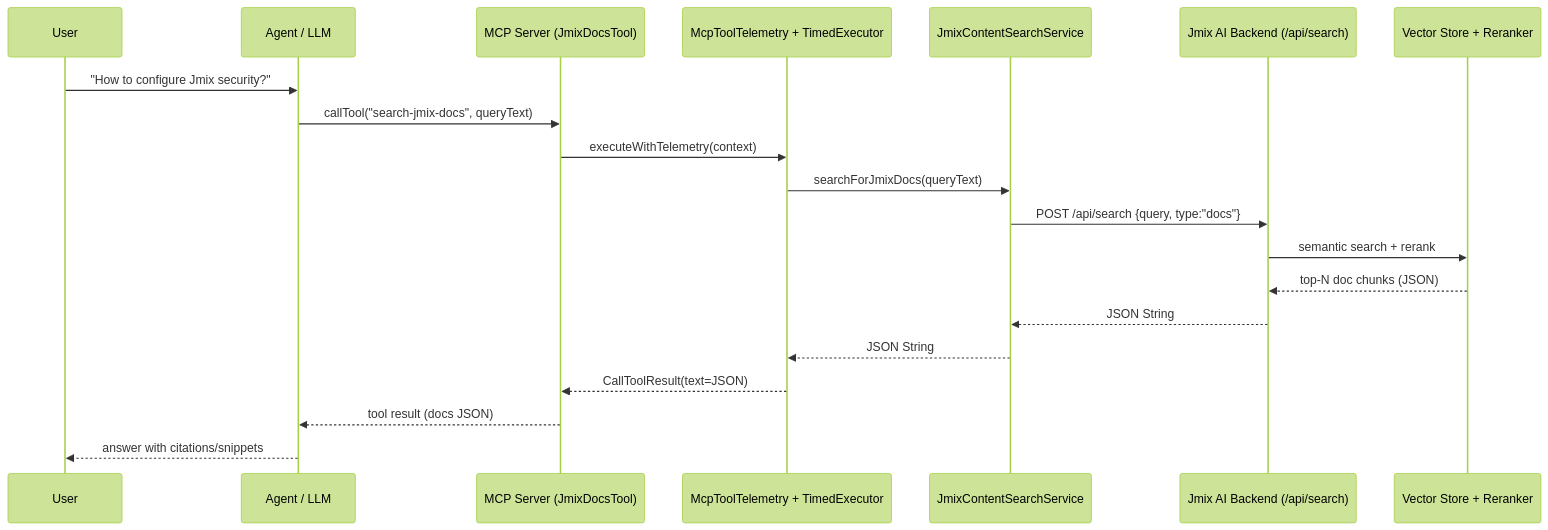
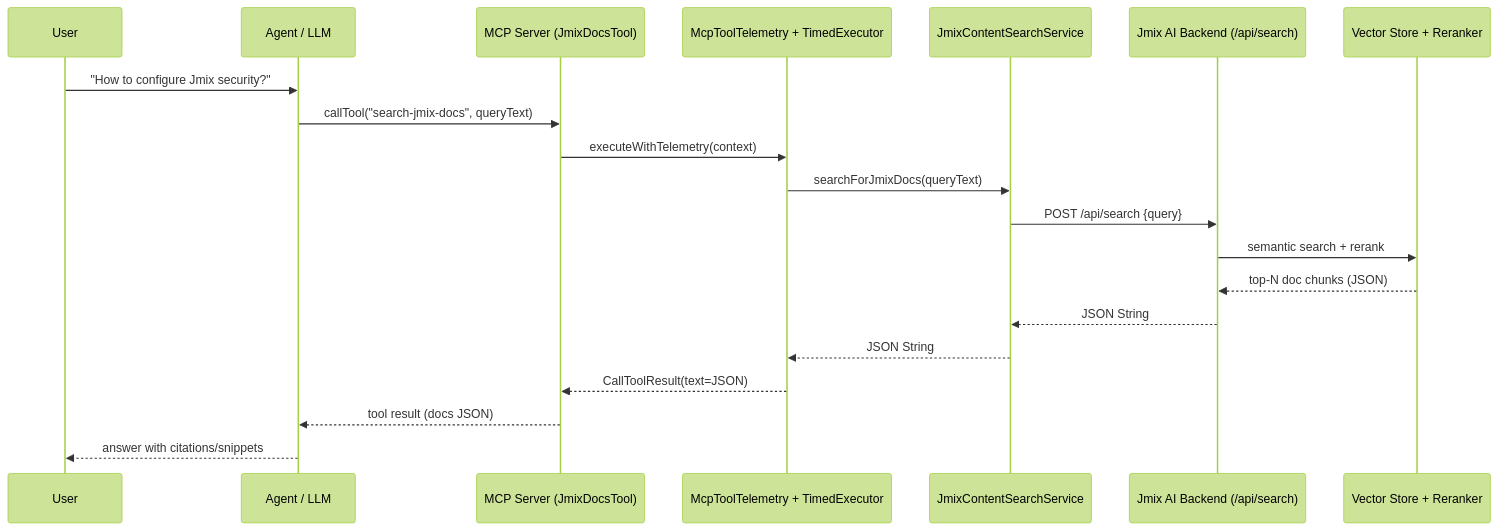
One commit to jmix-framework/jmix-mcp-docs changed the diagram in README.md. Above: the diagram before and after it, drawn with Mermaid (forest theme). The commit also changed other lines of this file, not shown here.

````diff
--- a/README.md
+++ b/README.md
@@ -11,24 +11,24 @@
 ```mermaid
 sequenceDiagram
     participant U as User
     participant A as Agent / LLM
     participant MCP as MCP Server (JmixDocsTool)
     participant Telemetry as McpToolTelemetry + TimedExecutor
     participant SearchSvc as JmixContentSearchService
     participant Backend as Jmix AI Backend (/api/search)
     participant VS as Vector Store + Reranker
 
     U->>A: "How to configure Jmix security?"
     A->>MCP: callTool("search-jmix-docs", queryText)
     MCP->>Telemetry: executeWithTelemetry(context)
     Telemetry->>SearchSvc: searchForJmixDocs(queryText)
-    SearchSvc->>Backend: POST /api/search {query, type:"docs"}
+    SearchSvc->>Backend: POST /api/search {query}
     Backend->>VS: semantic search + rerank
     VS-->>Backend: top-N doc chunks (JSON)
     Backend-->>SearchSvc: JSON String
     SearchSvc-->>Telemetry: JSON String
     Telemetry-->>MCP: CallToolResult(text=JSON)
     MCP-->>A: tool result (docs JSON)
     A-->>U: answer with citations/snippets
 
 ```
````
